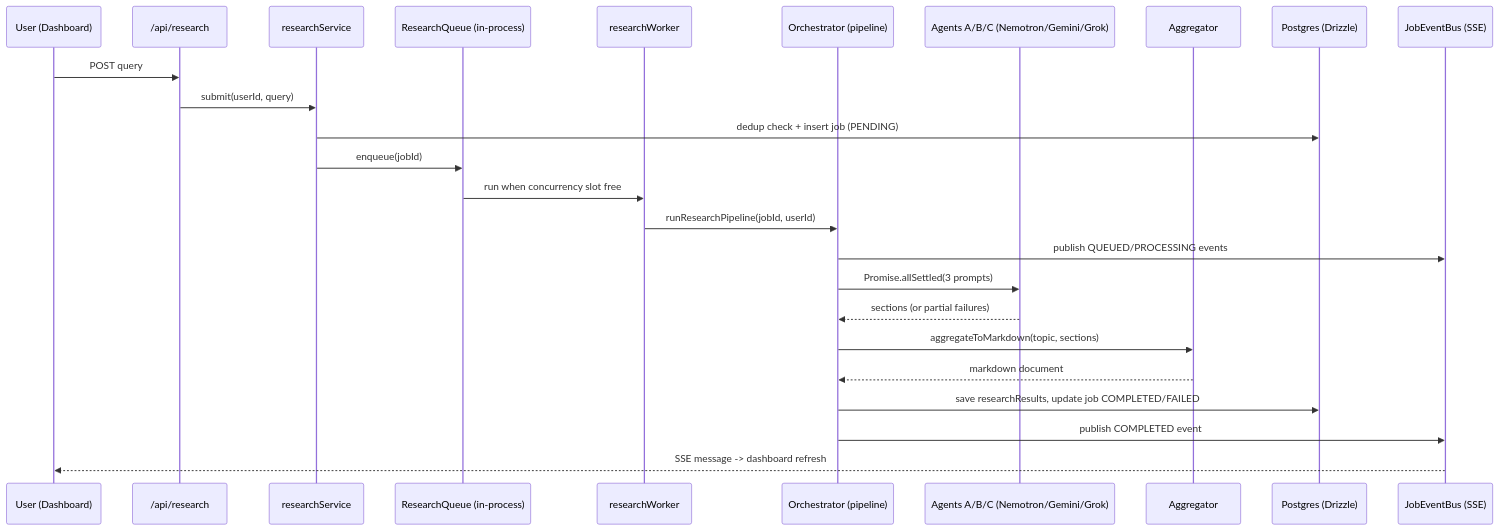
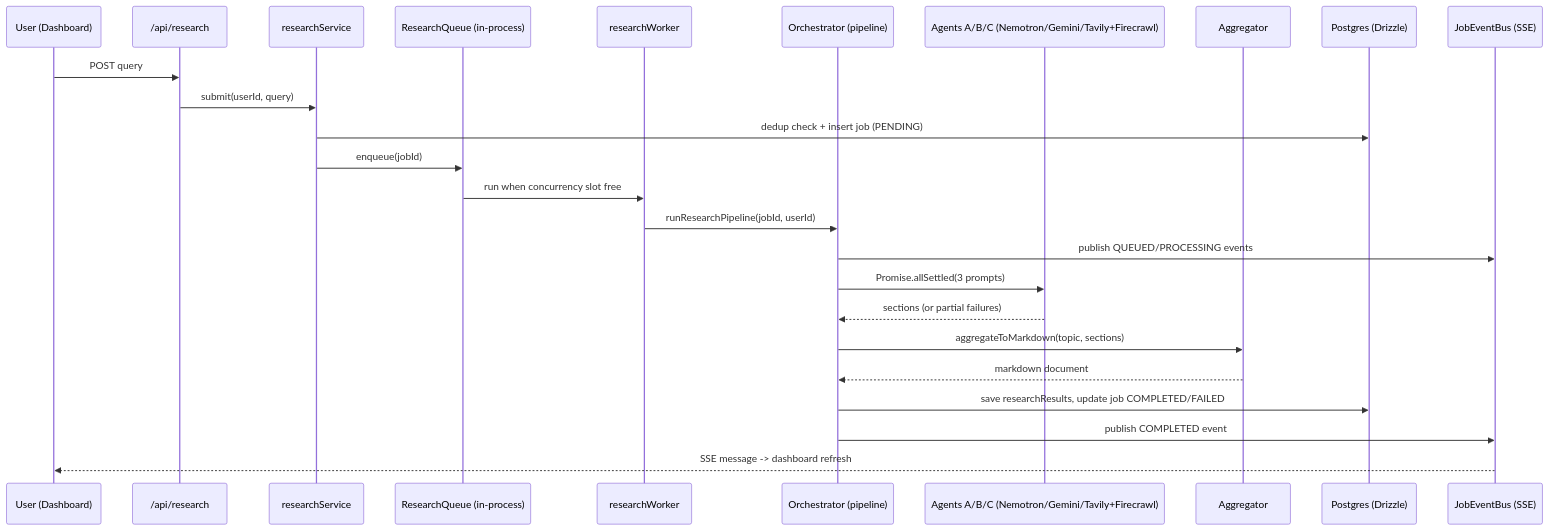
Before and after one commit to arindal1/BrainFreeze: the diagram in docs/ARCHITECTURE.md, drawn with Mermaid. The commit also changed other lines of this file and 11 other files, not shown here.

````diff
--- a/docs/ARCHITECTURE.md
+++ b/docs/ARCHITECTURE.md
@@ -7,28 +7,28 @@
 ```mermaid
 sequenceDiagram
     participant U as User (Dashboard)
     participant API as /api/research
     participant Svc as researchService
     participant Q as ResearchQueue (in-process)
     participant W as researchWorker
     participant P as Orchestrator (pipeline)
-    participant Agents as Agents A/B/C (Nemotron/Gemini/Grok)
+    participant Agents as Agents A/B/C (Nemotron/Gemini/Tavily+Firecrawl)
     participant Agg as Aggregator
     participant DB as Postgres (Drizzle)
     participant Bus as JobEventBus (SSE)
 
     U->>API: POST query
     API->>Svc: submit(userId, query)
     Svc->>DB: dedup check + insert job (PENDING)
     Svc->>Q: enqueue(jobId)
     Q->>W: run when concurrency slot free
     W->>P: runResearchPipeline(jobId, userId)
     P->>Bus: publish QUEUED/PROCESSING events
     P->>Agents: Promise.allSettled(3 prompts)
     Agents-->>P: sections (or partial failures)
     P->>Agg: aggregateToMarkdown(topic, sections)
     Agg-->>P: markdown document
     P->>DB: save researchResults, update job COMPLETED/FAILED
     P->>Bus: publish COMPLETED event
     Bus-->>U: SSE message -> dashboard refresh
 ```
````
